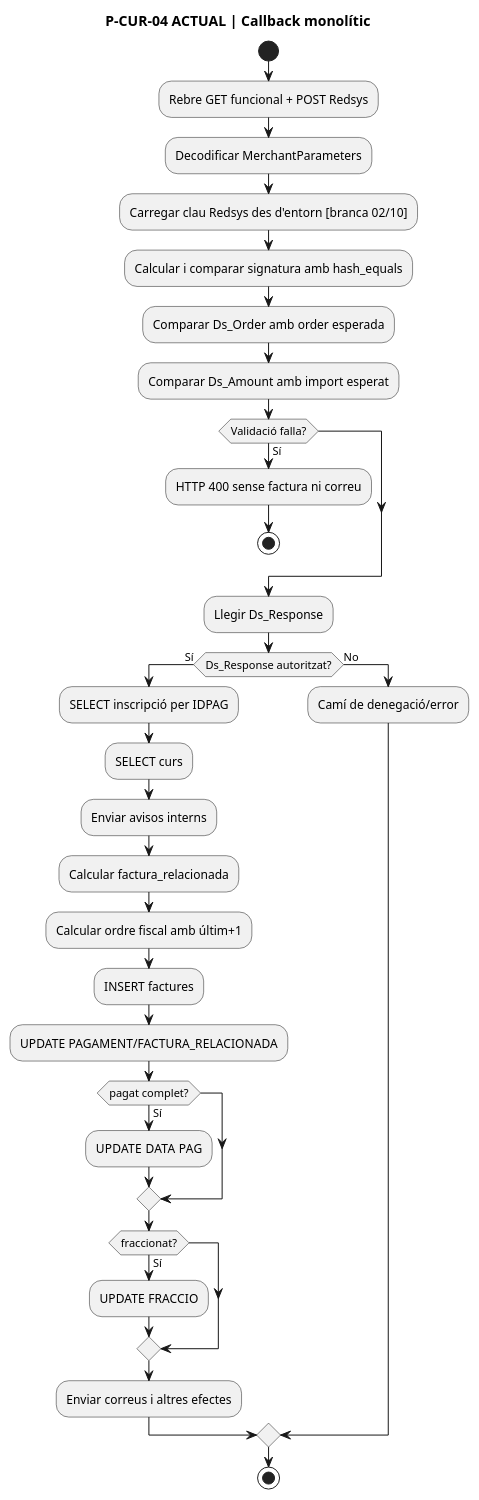
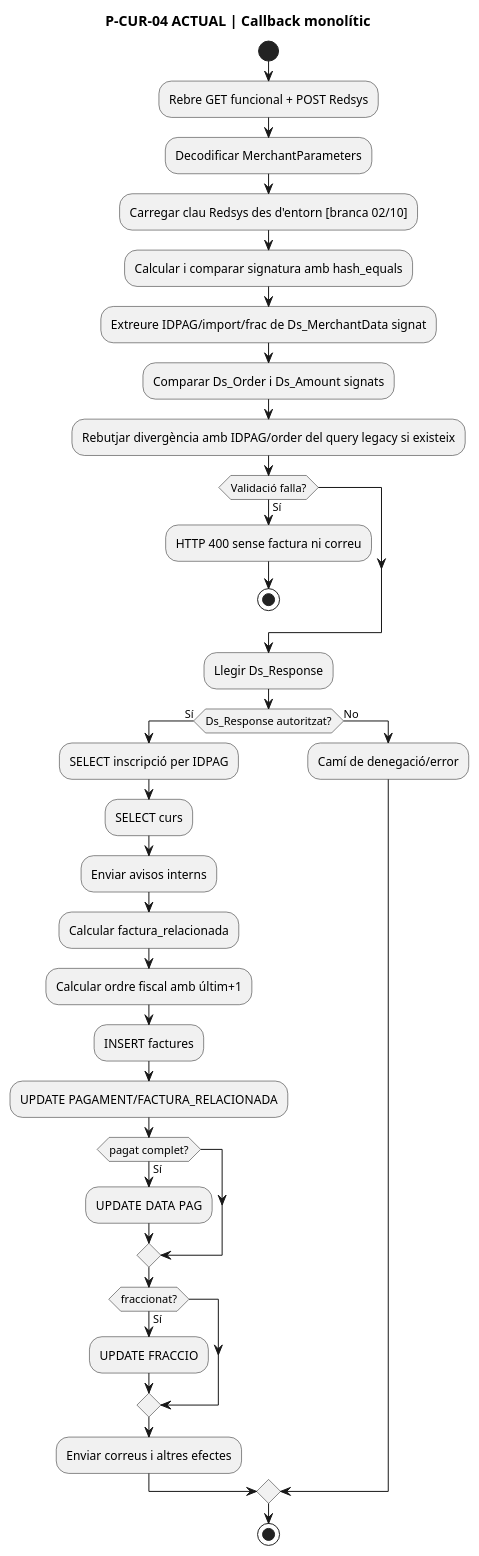
Before and after one commit to orgmeriemprismacat-del/verifactu: the seventh of 14 diagrams in documentacio/07-uml-integrat/uc-014-activitats-pagines-redsys-actual-final.md, drawn with PlantUML. The commit also changed other lines of this file, not shown here.

Commit message:
docs(UC-014): documentar correlacio MerchantData signada

````diff
--- a/documentacio/07-uml-integrat/uc-014-activitats-pagines-redsys-actual-final.md
+++ b/documentacio/07-uml-integrat/uc-014-activitats-pagines-redsys-actual-final.md
@@ -185,36 +186,37 @@
 ```plantuml
 @startuml
 title P-CUR-04 ACTUAL | Callback monolític
 start
 :Rebre GET funcional + POST Redsys;
 :Decodificar MerchantParameters;
 :Carregar clau Redsys des d'entorn [branca 02/10];
 :Calcular i comparar signatura amb hash_equals;
-:Comparar Ds_Order amb order esperada;
-:Comparar Ds_Amount amb import esperat;
+:Extreure IDPAG/import/frac de Ds_MerchantData signat;
+:Comparar Ds_Order i Ds_Amount signats;
+:Rebutjar divergència amb IDPAG/order del query legacy si existeix;
 if (Validació falla?) then (Sí)
   :HTTP 400 sense factura ni correu;
   stop
 endif
 :Llegir Ds_Response;
 if (Ds_Response autoritzat?) then (Sí)
   :SELECT inscripció per IDPAG;
   :SELECT curs;
   :Enviar avisos interns;
   :Calcular factura_relacionada;
   :Calcular ordre fiscal amb últim+1;
   :INSERT factures;
   :UPDATE PAGAMENT/FACTURA_RELACIONADA;
   if (pagat complet?) then (Sí)
     :UPDATE DATA PAG;
   endif
   if (fraccionat?) then (Sí)
     :UPDATE FRACCIO;
   endif
   :Enviar correus i altres efectes;
 else (No)
   :Camí de denegació/error;
 endif
 stop
 @enduml
 ```
````
